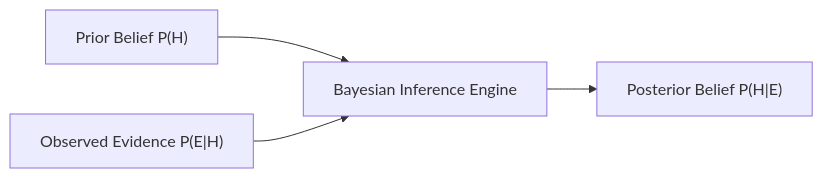
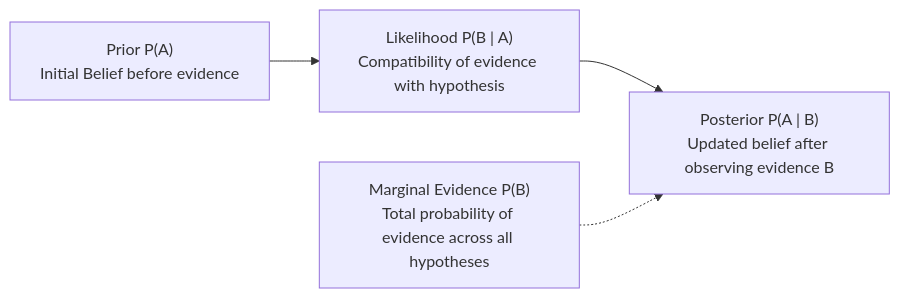
The diagram in lecture_20/Notes_20.12/README.md (S1h2i3v4a/AI_ML), drawn with Mermaid before and after one commit. The commit also changed other lines of this file and 203 other files, not shown here.

Commit message:
docs(lectures 19-21): align notes with video lectures, add blackboard diagrams, clean structured functions, and compile vector PDFs

````diff
--- a/lecture_20/Notes_20.12/README.md
+++ b/lecture_20/Notes_20.12/README.md
@@ -14,6 +10,6 @@
 ```mermaid
 flowchart LR
-    A["Prior Belief P(H)"] --> C["Bayesian Inference Engine"]
-    B["Observed Evidence P(E|H)"] --> C
-    C --> D["Posterior Belief P(H|E)"]
+    Prior["Prior P(A)<br/>Initial Belief before evidence"] --> Likelihood["Likelihood P(B | A)<br/>Compatibility of evidence with hypothesis"]
+    Likelihood --> Post["Posterior P(A | B)<br/>Updated belief after observing evidence B"]
+    Evidence["Marginal Evidence P(B)<br/>Total probability of evidence across all hypotheses"] -.-> Post
 ```
````
